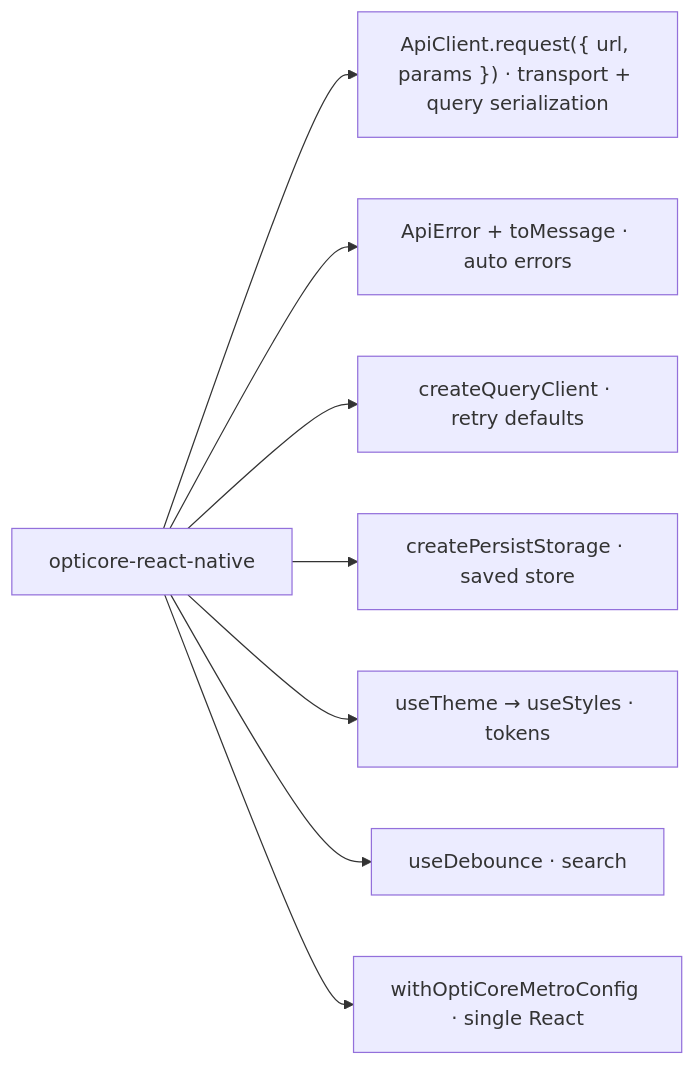
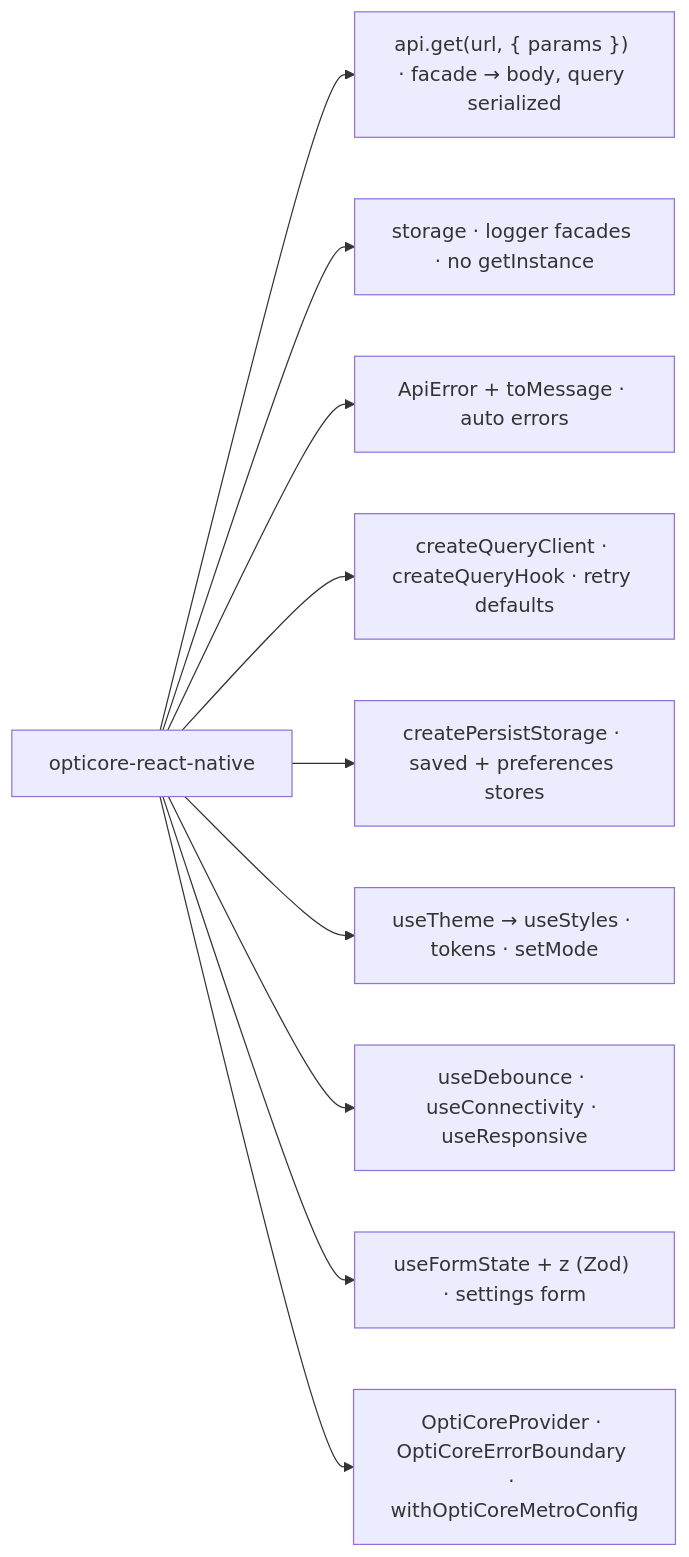
One commit to dev-mahmoud-elshenawy/opticore-news-demo changed diagram 11 of 12 in ORIENTATION.md. Above: the diagram before and after it, drawn with Mermaid. The commit also changed other lines of this file and 1 other file, not shown here.

First line of the commit message:
docs: update architecture guide for facades + settings feature

````diff
--- a/ORIENTATION.md
+++ b/ORIENTATION.md
@@ -188,11 +208,13 @@
 ```mermaid
 flowchart LR
     OC["opticore-react-native"]
-    OC --> t1["ApiClient.request({ url, params }) · transport + query serialization"]
+    OC --> t1["api.get(url, { params }) · facade → body, query serialized"]
+    OC --> t2["storage · logger facades · no getInstance"]
     OC --> t3["ApiError + toMessage · auto errors"]
-    OC --> t4["createQueryClient · retry defaults"]
-    OC --> t5["createPersistStorage · saved store"]
-    OC --> t6["useTheme → useStyles · tokens"]
-    OC --> t7["useDebounce · search"]
-    OC --> t8["withOptiCoreMetroConfig · single React"]
+    OC --> t4["createQueryClient · createQueryHook · retry defaults"]
+    OC --> t5["createPersistStorage · saved + preferences stores"]
+    OC --> t6["useTheme → useStyles · tokens · setMode"]
+    OC --> t7["useDebounce · useConnectivity · useResponsive"]
+    OC --> t8["useFormState + z (Zod) · settings form"]
+    OC --> t9["OptiCoreProvider · OptiCoreErrorBoundary · withOptiCoreMetroConfig"]
 ```
````
